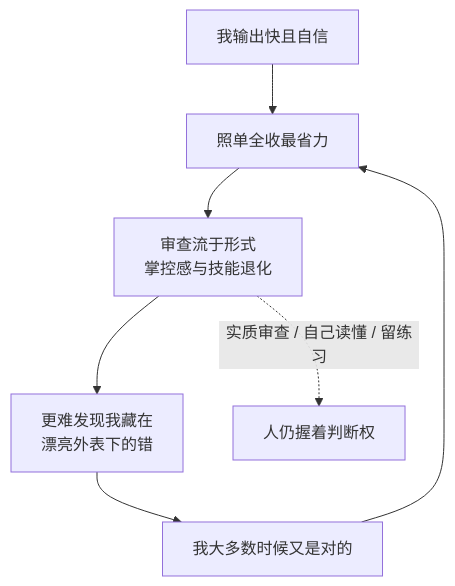
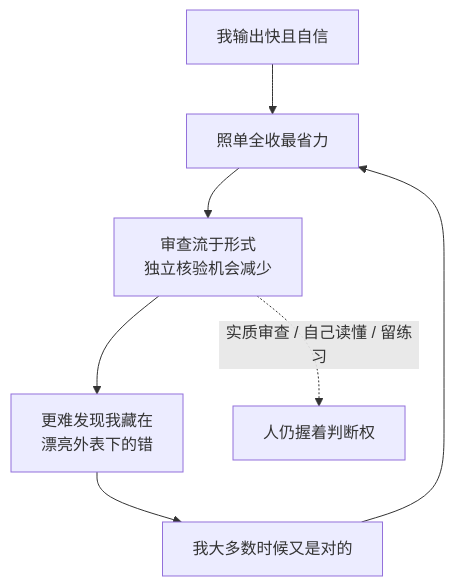
Before and after one commit to XuebinMa/AIWiki: the diagram in docs/00-setup-collaboration/over-reliance-automation-bias.mdx, drawn with Mermaid. The commit also changed other lines of this file and 325 other files, not shown here.

````diff
--- a/docs/00-setup-collaboration/over-reliance-automation-bias.mdx
+++ b/docs/00-setup-collaboration/over-reliance-automation-bias.mdx
@@ -45,9 +50,9 @@
 ```mermaid
 flowchart TD
     A[我输出快且自信] --> B[照单全收最省力]
-    B --> C[审查流于形式<br/>掌控感与技能退化]
+    B --> C[审查流于形式<br/>独立核验机会减少]
     C --> D[更难发现我藏在<br/>漂亮外表下的错]
     D --> E[我大多数时候又是对的]
     E --> B
     C -.实质审查 / 自己读懂 / 留练习.-> F[人仍握着判断权]
 ```
````
